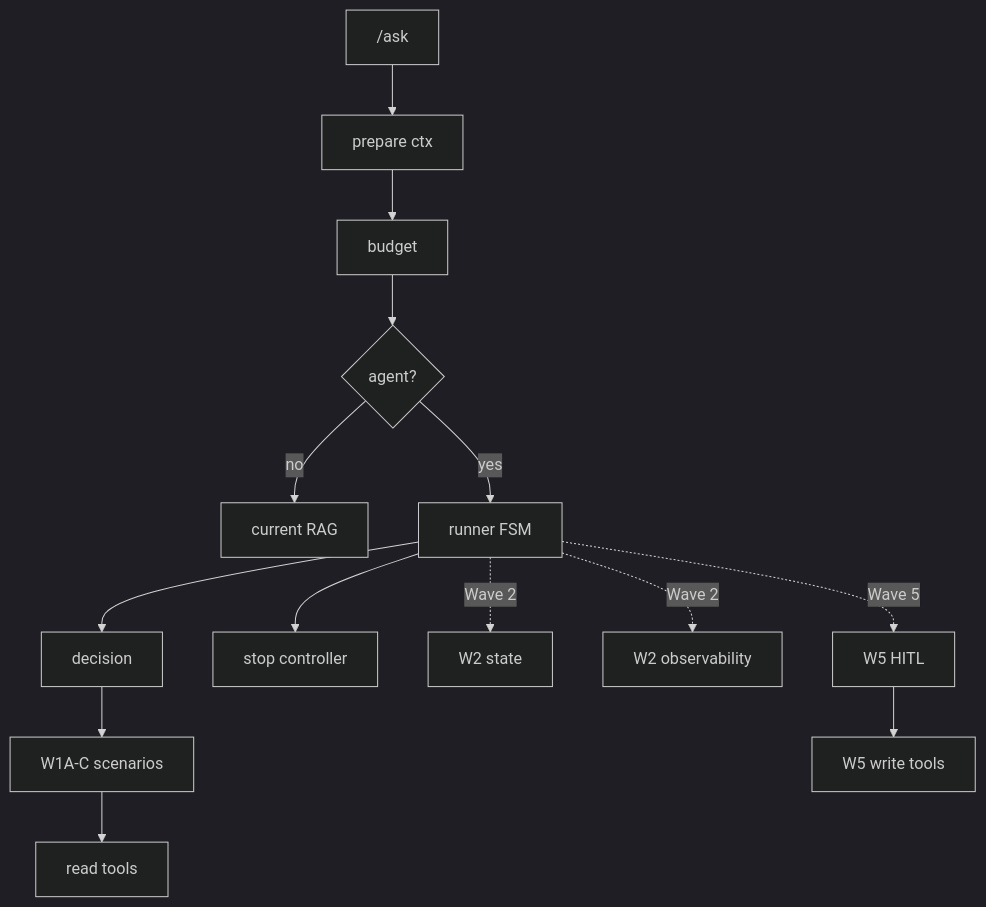
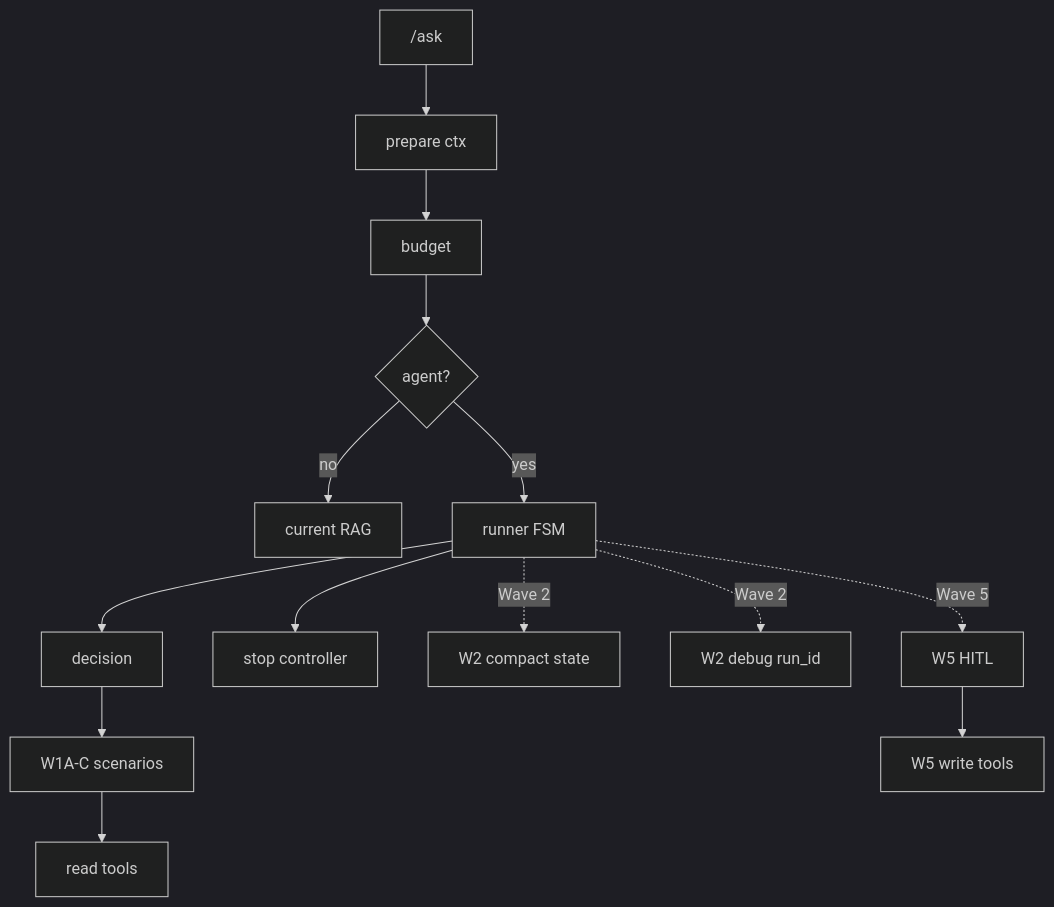
The tenth of 11 diagrams in docs/diagrams.md (ktolmachov/hometutor), drawn with Mermaid (dark theme) before and after one commit. The commit also changed other lines of this file and 2 other files, not shown here.

````diff
--- a/docs/diagrams.md
+++ b/docs/diagrams.md
@@ -614,25 +616,25 @@
 ```mermaid
 flowchart TB
     ask["/ask"]
     prep["prepare ctx"]
     budget["budget"]
     branch{"agent?"}
     main["current RAG"]
     runner["runner FSM"]
     decision["decision"]
     scenarios["W1A-C scenarios"]
     tools["read tools"]
     stop["stop controller"]
-    state["W2 state"]
-    obs["W2 observability"]
+    state["W2 compact state"]
+    obs["W2 debug run_id"]
     hitl["W5 HITL"]
     write["W5 write tools"]
     ask --> prep --> budget --> branch
     branch -- no --> main
     branch -- yes --> runner
     runner --> decision --> scenarios --> tools
     runner --> stop
     runner -. Wave 2 .-> state
     runner -. Wave 2 .-> obs
     runner -. Wave 5 .-> hitl --> write
 ```
````
